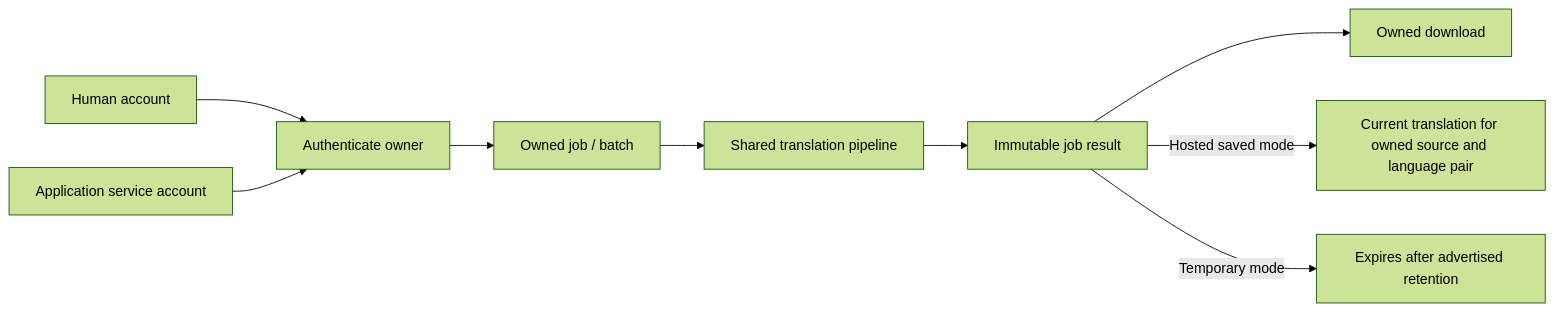
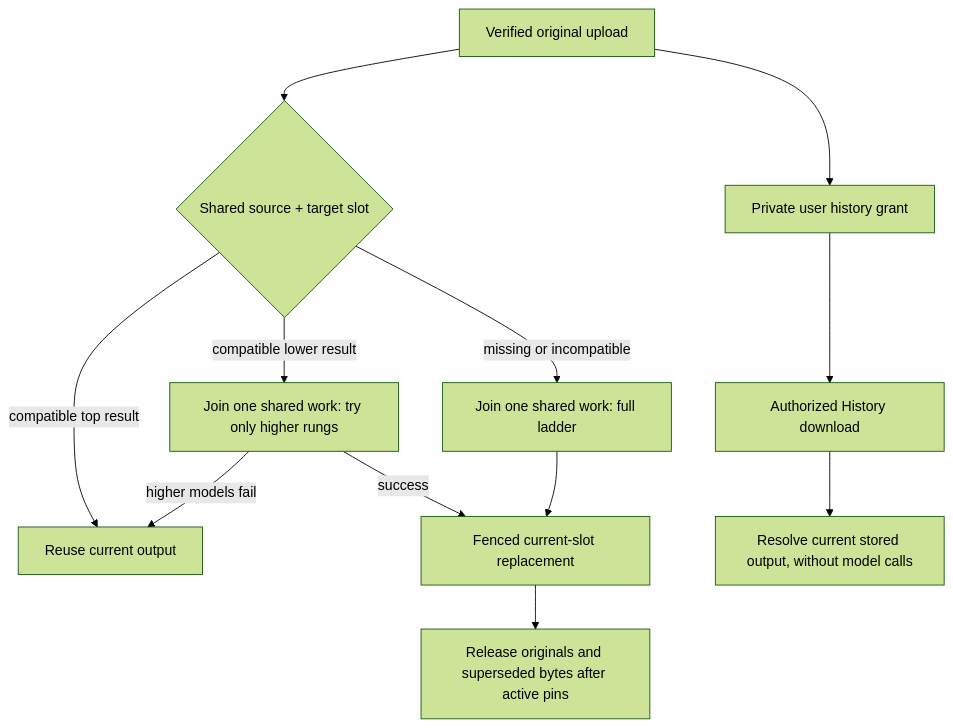
The fifth of 19 diagrams in docs/Architecture.md (mlei06/document-translator), drawn with Mermaid (forest theme) before and after one commit. The commit also changed other lines of this file and 337 other files, not shown here.

````diff
--- a/docs/Architecture.md
+++ b/docs/Architecture.md
@@ -169,11 +209,14 @@
 ```mermaid
-flowchart LR
-    H["Human account"] --> A["Authenticate owner"]
-    S["Application service account"] --> A
-    A --> J["Owned job / batch"]
-    J --> P["Shared translation pipeline"]
-    P --> R["Immutable job result"]
-    R --> D["Owned download"]
-    R -->|Hosted saved mode| C["Current translation for owned source and language pair"]
-    R -->|Temporary mode| E["Expires after advertised retention"]
+flowchart TD
+    U["Verified original upload"] --> H["Private user history grant"]
+    U --> S{"Shared source + target slot"}
+    S -->|compatible top result| R["Reuse current output"]
+    S -->|compatible lower result| W["Join one shared work: try only higher rungs"]
+    S -->|missing or incompatible| F["Join one shared work: full ladder"]
+    W -->|success| P["Fenced current-slot replacement"]
+    W -->|higher models fail| R
+    F --> P
+    P --> C["Release originals and superseded bytes after active pins"]
+    H --> D["Authorized History download"]
+    D --> S2["Resolve current stored output, without model calls"]
 ```
````
